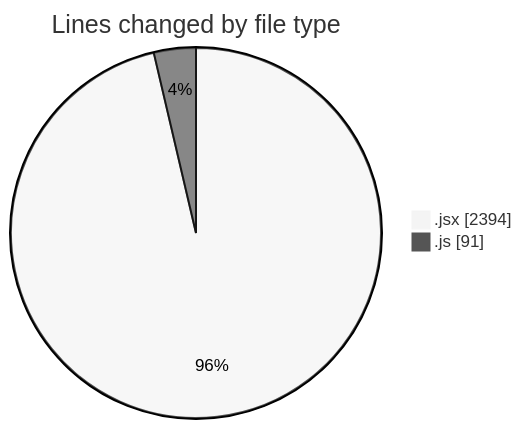
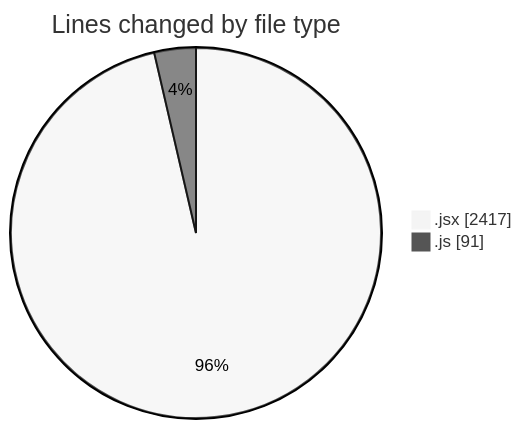
The first of 2 diagrams in 2025-07-07/argos/README.md (nxtqubesakshisongat/code-tracking), drawn with Mermaid (neutral theme) before and after one commit. The commit also changed other lines of this file and 1 other file, not shown here.

````diff
--- a/2025-07-07/argos/README.md
+++ b/2025-07-07/argos/README.md
@@ -23,6 +23,6 @@
 ```mermaid
 pie showData
 title Lines changed by file type
-".jsx" : 2394
+".jsx" : 2417
 ".js" : 91
 ```
````
